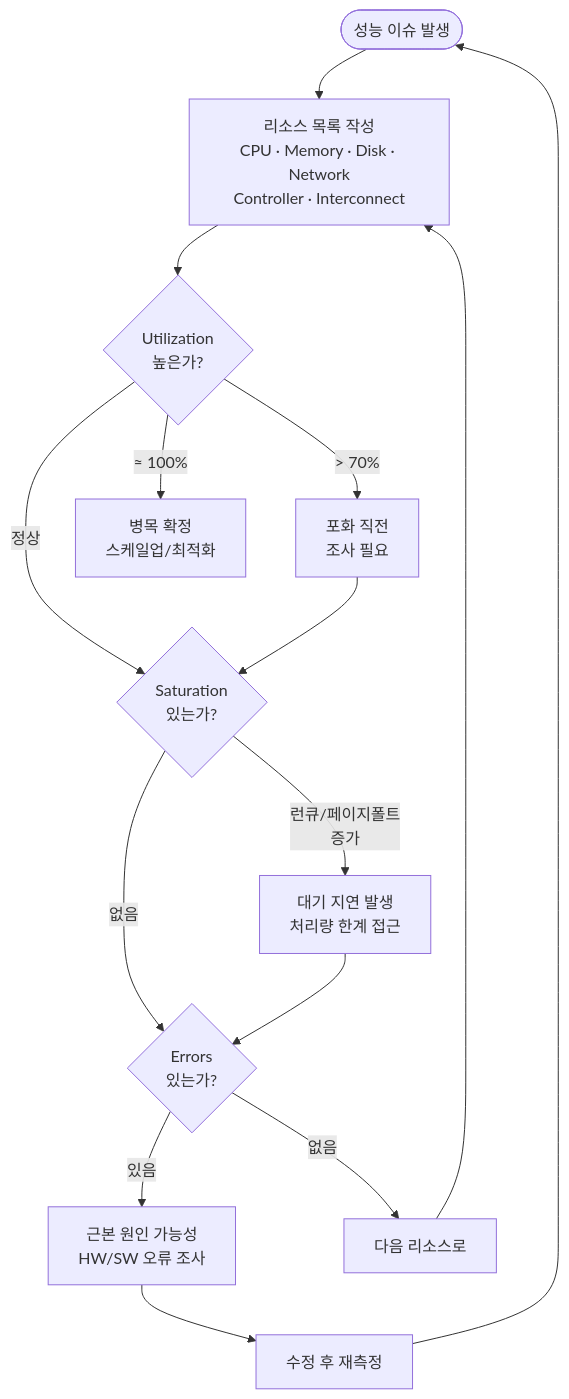
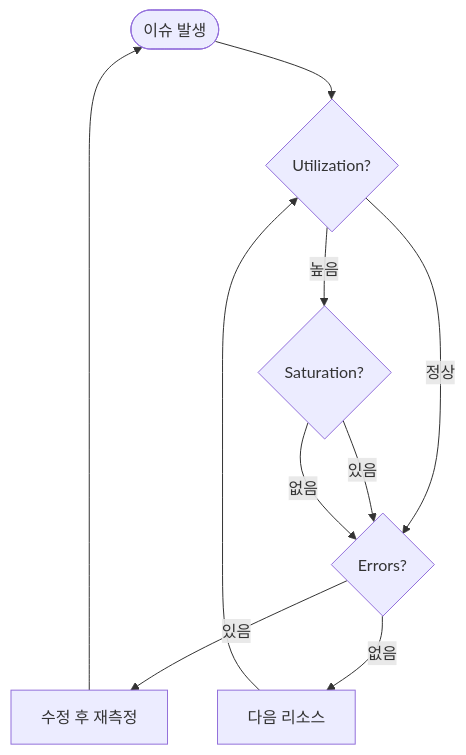
Before and after one commit to moonblueblue/devops-wiki: the first of 6 diagrams in content/linux/performance/use-methodology.md, drawn with Mermaid. The commit also changed other lines of this file and 12 other files, not shown here.

First line of the commit message:
style: linux 섹션 전체 ASCII art 제거 및 Mermaid 규칙 적용

````diff
--- a/content/linux/performance/use-methodology.md
+++ b/content/linux/performance/use-methodology.md
@@ -54,23 +54,15 @@
 ```mermaid
 flowchart TD
-    START([성능 이슈 발생]) --> LIST[리소스 목록 작성\nCPU · Memory · Disk · Network\nController · Interconnect]
+    START([이슈 발생]) --> U{Utilization?}
+    U -->|높음| SAT{Saturation?}
+    U -->|정상| ERR
 
-    LIST --> U{Utilization\n높은가?}
-    U -- "> 70%" --> U_HIGH[포화 직전\n조사 필요]
-    U -- "≈ 100%" --> U_FULL[병목 확정\n스케일업/최적화]
-    U -- "정상" --> S
+    SAT -->|있음| ERR{Errors?}
+    SAT -->|없음| ERR
 
-    U_HIGH --> S
-    S{Saturation\n있는가?}
-    S -- "런큐/페이지폴트\n증가" --> S_YES[대기 지연 발생\n처리량 한계 접근]
-    S -- "없음" --> E
+    ERR -->|있음| FIX[수정 후 재측정]
+    ERR -->|없음| NEXT[다음 리소스]
 
-    S_YES --> E
-    E{Errors\n있는가?}
-    E -- "있음" --> E_YES[근본 원인 가능성\nHW/SW 오류 조사]
-    E -- "없음" --> NEXT[다음 리소스로]
-
-    E_YES --> FIX[수정 후 재측정]
-    NEXT --> LIST
     FIX --> START
+    NEXT --> U
 ```
````
